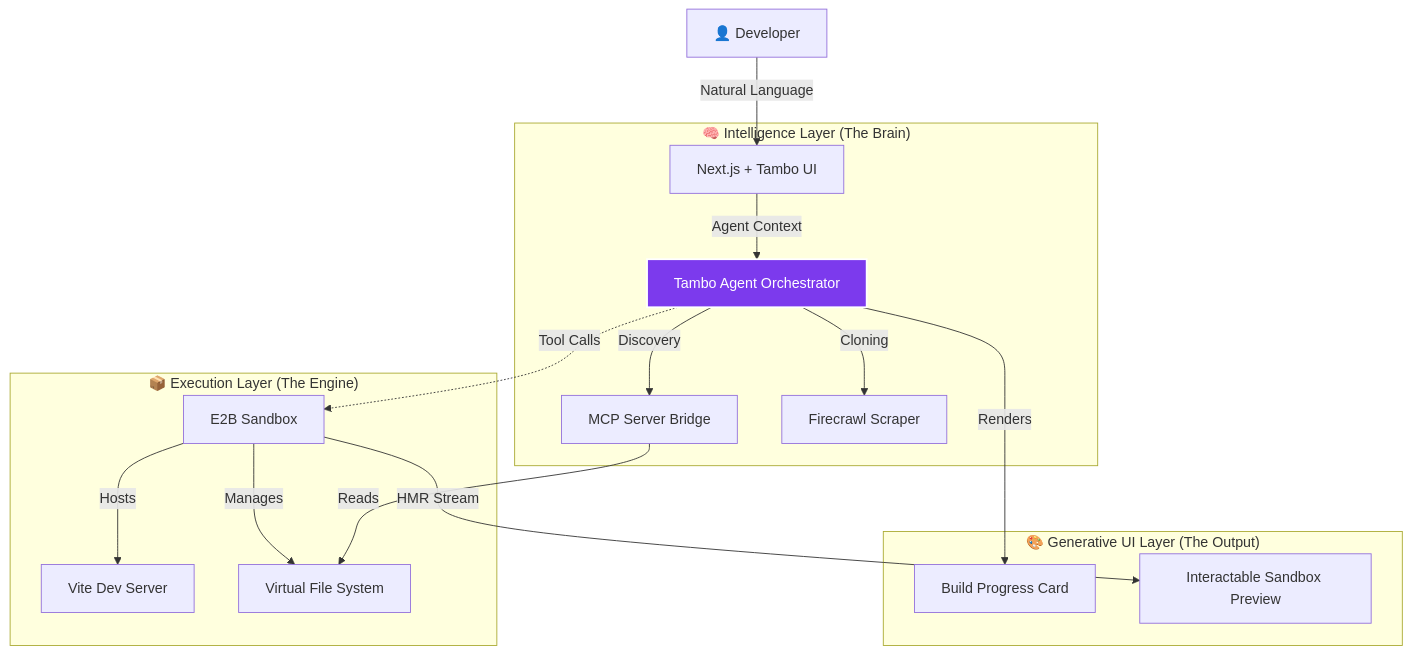
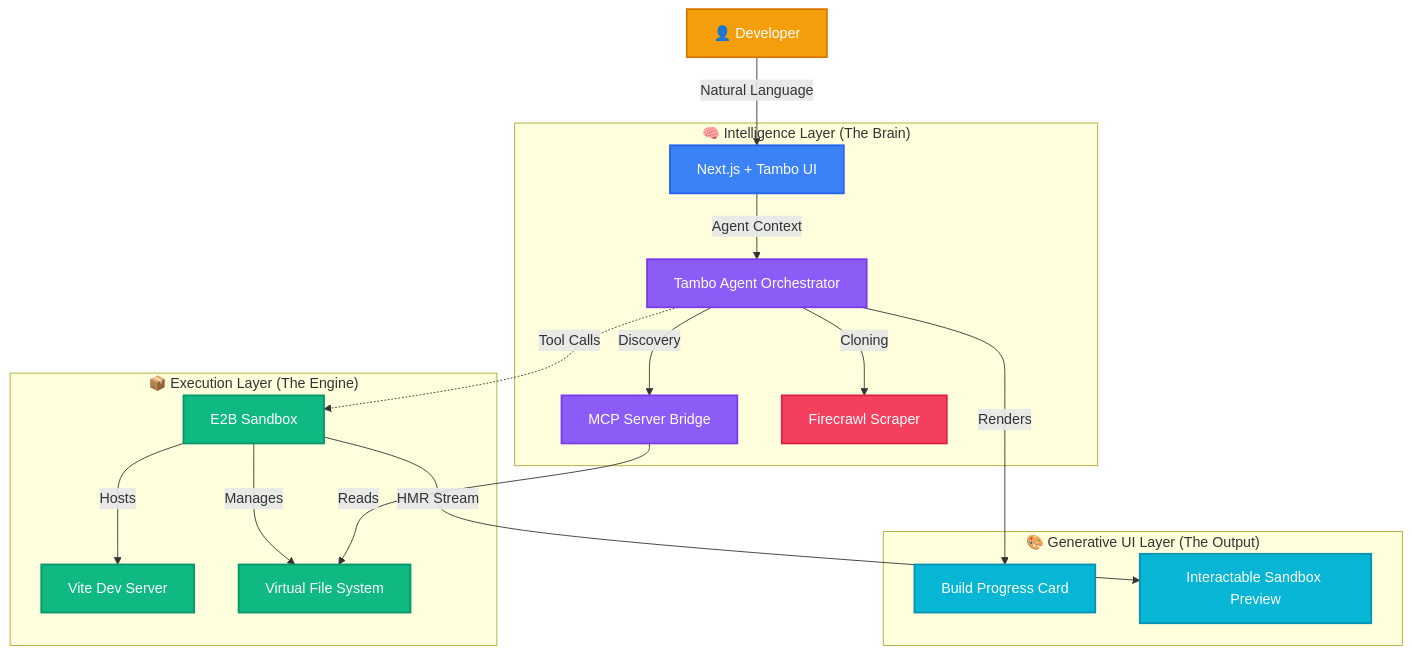
The first of 2 diagrams in README.md (Sri-Krishna-V/Derived-WMD), drawn with Mermaid before and after one commit. The commit also changed other lines of this file, not shown here.

Commit message:
refactor: enhance diagram styling in README for improved clarity and visual distinction

````diff
--- a/README.md
+++ b/README.md
@@ -91,25 +91,37 @@
 ```mermaid
 graph TD
     User[👤 Developer] -->|Natural Language| Frontend[Next.js + Tambo UI]
     
     subgraph "🧠 Intelligence Layer (The Brain)"
         Frontend -->|Agent Context| TamboAgent[Tambo Agent Orchestrator]
         TamboAgent -->|Discovery| MCP[MCP Server Bridge]
         TamboAgent -->|Cloning| Firecrawl[Firecrawl Scraper]
     end
     
     subgraph "📦 Execution Layer (The Engine)"
         TamboAgent -.->|Tool Calls| E2B[E2B Sandbox]
         E2B -->|Hosts| Vite[Vite Dev Server]
         E2B -->|Manages| FS[Virtual File System]
         MCP -->|Reads| FS
     end
 
     subgraph "🎨 Generative UI Layer (The Output)"
         TamboAgent -->|Renders| BuildStatus[Build Progress Card]
         E2B -->|HMR Stream| Preview[Interactable Sandbox Preview]
     end
     
-    classDef agent fill:#7C3AED,stroke:#fff,stroke-width:2px,color:white;
-    class TamboAgent agent;
+    %% Styling
+    classDef user fill:#f59e0b,stroke:#d97706,stroke-width:2px,color:#fff;
+    classDef frontend fill:#3b82f6,stroke:#2563eb,stroke-width:2px,color:#fff;
+    classDef agent fill:#8b5cf6,stroke:#7c3aed,stroke-width:2px,color:#fff;
+    classDef external fill:#f43f5e,stroke:#e11d48,stroke-width:2px,color:#fff;
+    classDef sandbox fill:#10b981,stroke:#059669,stroke-width:2px,color:#fff;
+    classDef ui fill:#06b6d4,stroke:#0891b2,stroke-width:2px,color:#fff;
+
+    class User user;
+    class Frontend frontend;
+    class TamboAgent,MCP agent;
+    class Firecrawl external;
+    class E2B,Vite,FS sandbox;
+    class BuildStatus,Preview ui;
 ```
````
